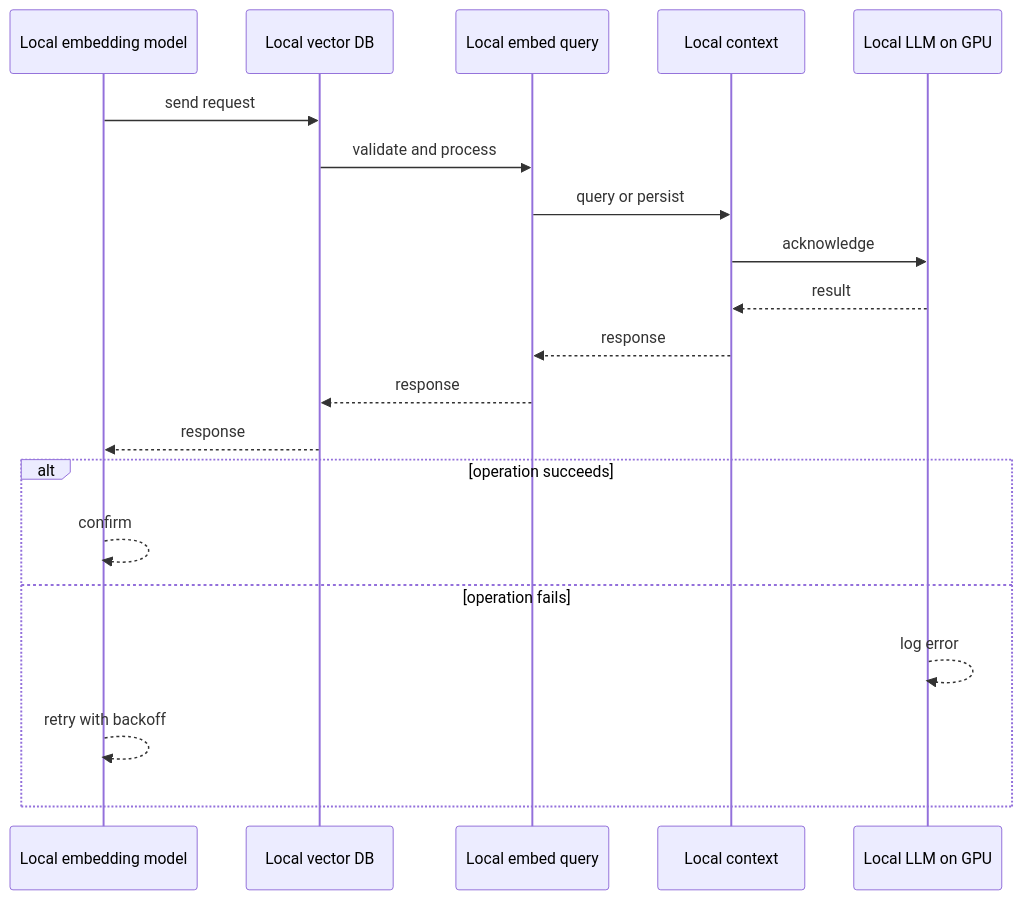
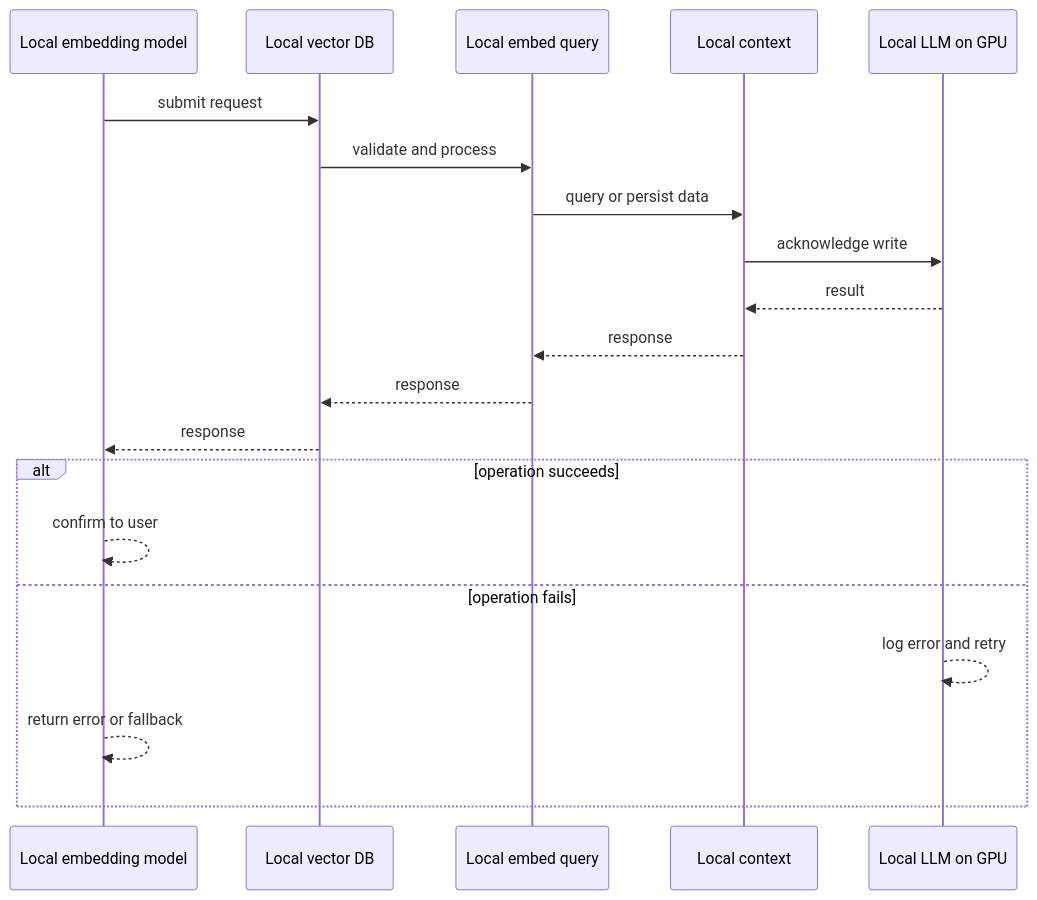
One commit to RIT-MESH/system-design-mastery changed the second of 4 diagrams in case-studies/ai-systems/offline-airgapped-rag-platform.md. Above: the diagram before and after it, drawn with Mermaid. The commit also changed other lines of this file and 127 other files, not shown here.

First line of the commit message:
Improve all case study diagrams: case-specific sequences, fix truncated labels

````diff
--- a/case-studies/ai-systems/offline-airgapped-rag-platform.md
+++ b/case-studies/ai-systems/offline-airgapped-rag-platform.md
@@ -79,23 +79,23 @@
 ```mermaid
 %% created-for: system-design-mastery
 sequenceDiagram
-  participant C0 as Local embedding model
-  participant C1 as Local vector DB
-  participant C2 as Local embed query
-  participant C3 as Local context
-  participant C4 as Local LLM on GPU
-  C0 ->> C1: send request
-  C1 ->> C2: validate and process
-  C2 ->> C3: query or persist
-  C3 ->> C4: acknowledge
-  C4 -->> C3: result
-  C3 -->> C2: response
-  C2 -->> C1: response
-  C1 -->> C0: response
+  participant P0 as Local embedding model
+  participant P1 as Local vector DB
+  participant P2 as Local embed query
+  participant P3 as Local context
+  participant P4 as Local LLM on GPU
+  P0 ->> P1: submit request
+  P1 ->> P2: validate and process
+  P2 ->> P3: query or persist data
+  P3 ->> P4: acknowledge write
+  P4 -->> P3: result
+  P3 -->> P2: response
+  P2 -->> P1: response
+  P1 -->> P0: response
   alt operation succeeds
-    C0 -->> C0: confirm
+    P0 -->> P0: confirm to user
   else operation fails
-    C4 -->> C4: log error
-    C0 -->> C0: retry with backoff
+    P4 -->> P4: log error and retry
+    P0 -->> P0: return error or fallback
   end
 ```
````
